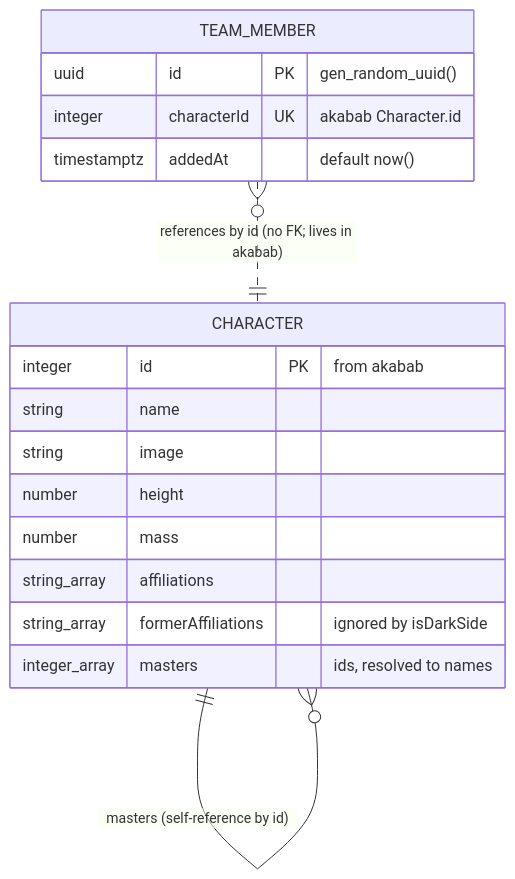
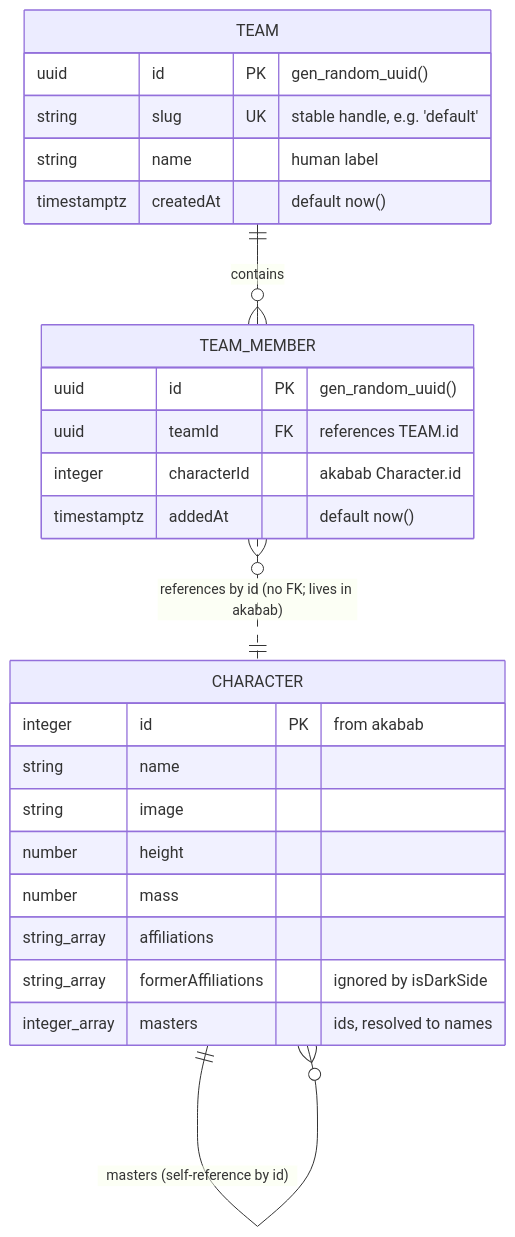
Before and after one commit to stijnvanhulle/starwars: the diagram in plans/data-model.md, drawn with Mermaid. The commit also changed other lines of this file and 6 other files, not shown here.

````diff
--- a/plans/data-model.md
+++ b/plans/data-model.md
@@ -5,20 +5,28 @@
 ```mermaid
 erDiagram
+  TEAM {
+    uuid id PK "gen_random_uuid()"
+    string slug UK "stable handle, e.g. 'default'"
+    string name "human label"
+    timestamptz createdAt "default now()"
+  }
   TEAM_MEMBER {
     uuid id PK "gen_random_uuid()"
-    integer characterId UK "akabab Character.id"
+    uuid teamId FK "references TEAM.id"
+    integer characterId "akabab Character.id"
     timestamptz addedAt "default now()"
   }
   CHARACTER {
     integer id PK "from akabab"
     string name
     string image
     number height
     number mass
     string_array affiliations
     string_array formerAffiliations "ignored by isDarkSide"
     integer_array masters "ids, resolved to names"
   }
+  TEAM ||--o{ TEAM_MEMBER : "contains"
   TEAM_MEMBER }o..|| CHARACTER : "references by id (no FK; lives in akabab)"
   CHARACTER ||--o{ CHARACTER : "masters (self-reference by id)"
 ```
````
